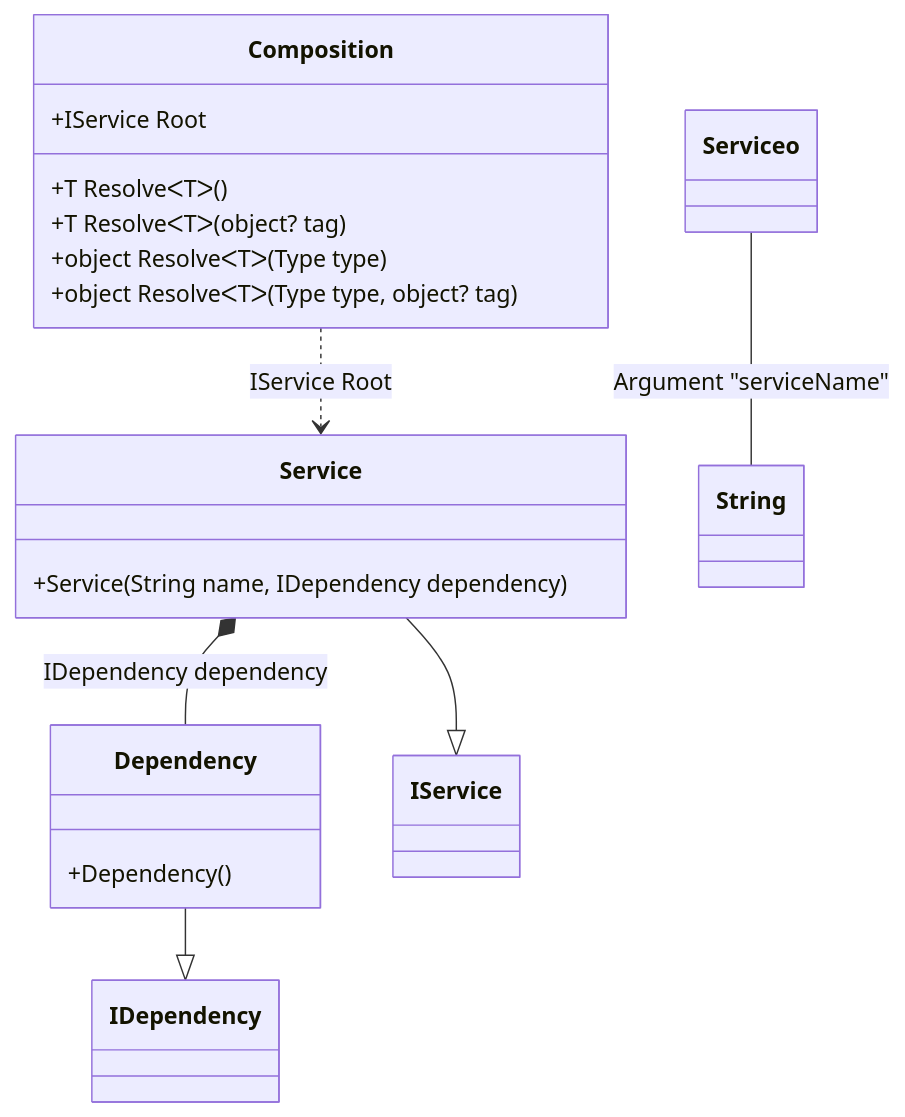
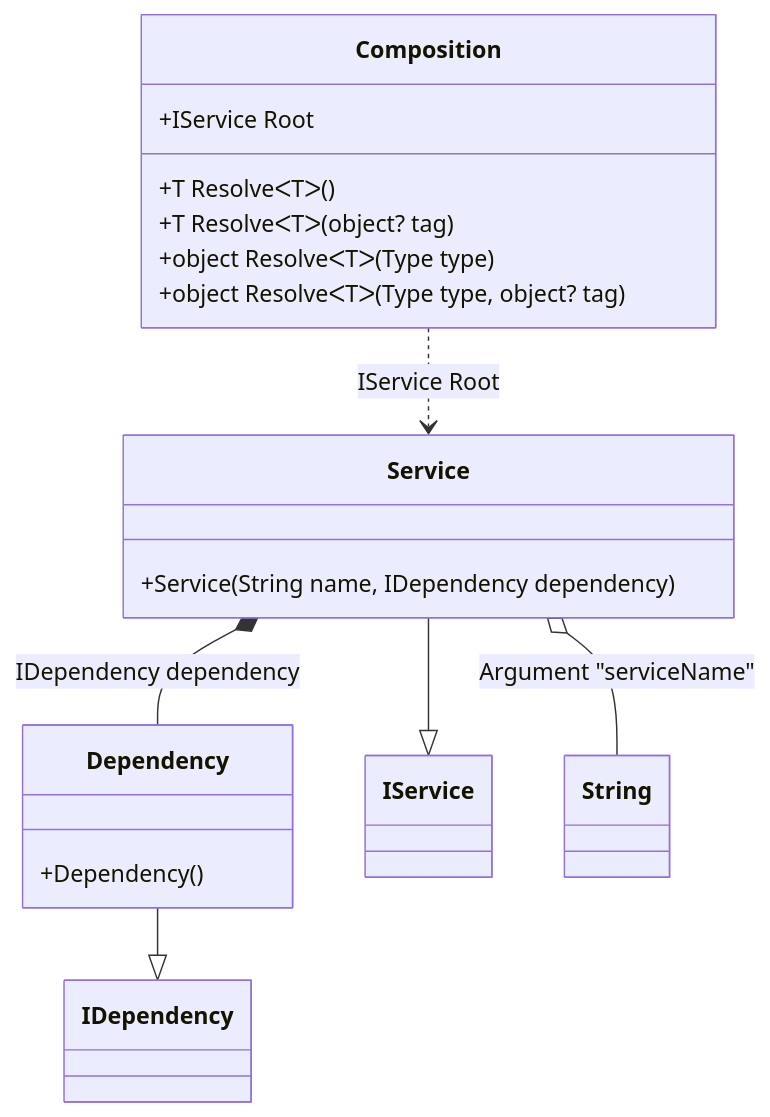
Before and after one commit to DevTeam/Pure.DI: the sixth of 35 diagrams in readme/Examples.md, drawn with Mermaid. The commit also changed other lines of this file and 5 other files, not shown here.

````diff
--- a/readme/Examples.md
+++ b/readme/Examples.md
@@ -433,22 +433,22 @@
 ```mermaid
 classDiagram
 class Composition {
 +IService Root
 +T ResolveᐸTᐳ()
 +T ResolveᐸTᐳ(object? tag)
 +object ResolveᐸTᐳ(Type type)
 +object ResolveᐸTᐳ(Type type, object? tag)
 }
 Dependency --|> IDependency : 
 class Dependency {
 +Dependency()
 }
 Service --|> IService : 
 class Service {
 +Service(String name, IDependency dependency)
 }
 class String
 Composition ..> Service : IService Root
-Serviceo-- String : Argument "serviceName"
-Service*--Dependency : IDependency dependency
+Service o-- String : Argument "serviceName"
+Service *--  Dependency : IDependency dependency
 ```
````
